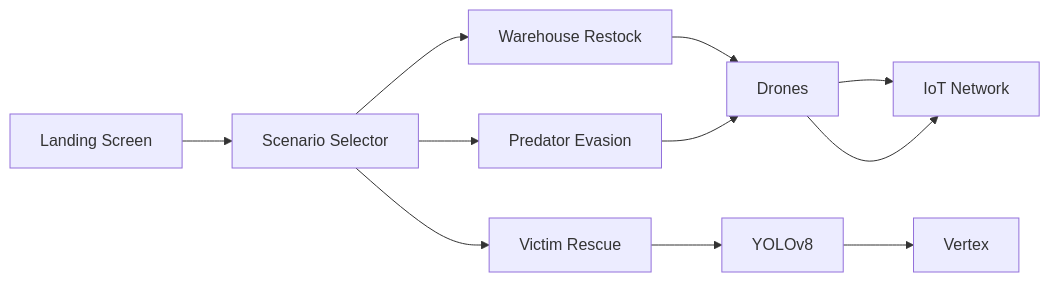
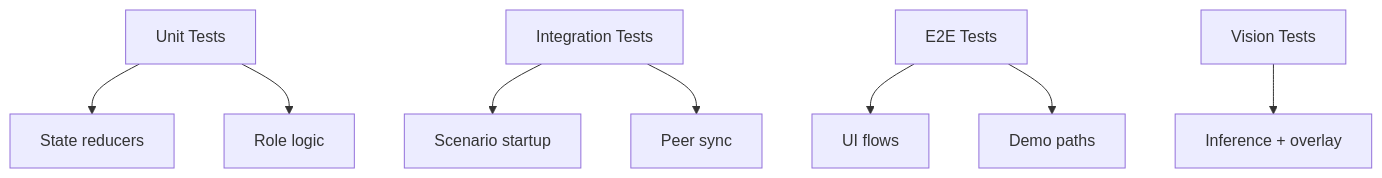
Before and after one commit to lucylow/endendend: diagram 15 of 16 in README.md, drawn with Mermaid. The commit also changed other lines of this file, not shown here.

````diff
--- a/README.md
+++ b/README.md
@@ -471,11 +937,10 @@
 ```mermaid
-flowchart LR
-    Landing[Landing Screen] --> Scenario[Scenario Selector]
-    Scenario --> S1[Warehouse Restock]
-    Scenario --> S2[Predator Evasion]
-    Scenario --> S3[Victim Rescue]
-    
-    S1 --> Drone[Drones] --> IoT[IoT Network]
-    S2 --> Drone --> IoT
-    S3 --> Vision[YOLOv8] --> Consensus[Vertex]
+flowchart TB
+    A[Unit Tests] --> B[State reducers]
+    A --> C[Role logic]
+    D[Integration Tests] --> E[Scenario startup]
+    D --> F[Peer sync]
+    G[E2E Tests] --> H[UI flows]
+    G --> I[Demo paths]
+    J[Vision Tests] --> K[Inference + overlay]
 ```
````
